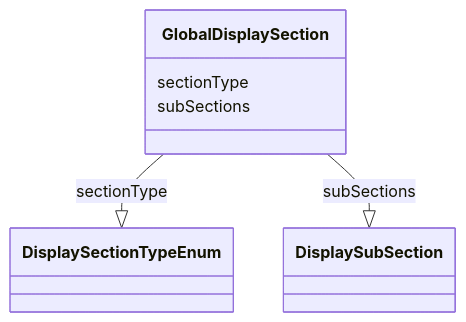
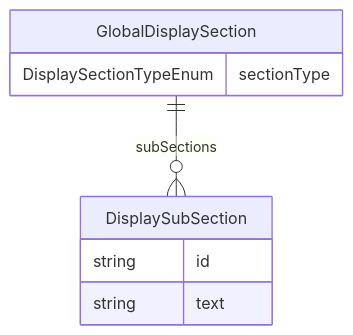
The diagram in project/docs/GlobalDisplaySection.md (cdisc-org/analysis-results-standard), drawn with Mermaid before and after one commit. The commit also changed 131 other files, not shown here.

Commit message:
Add top-level diagram to documentation

````diff
--- a/project/docs/GlobalDisplaySection.md
+++ b/project/docs/GlobalDisplaySection.md
@@ -14,13 +13,13 @@
 ```mermaid
- classDiagram
-    class GlobalDisplaySection
-      GlobalDisplaySection : sectionType
-        
-          GlobalDisplaySection --|> DisplaySectionTypeEnum : sectionType
-        
-      GlobalDisplaySection : subSections
-        
-          GlobalDisplaySection --|> DisplaySubSection : subSections
-        
-      
+erDiagram
+GlobalDisplaySection {
+    DisplaySectionTypeEnum sectionType  
+}
+DisplaySubSection {
+    string id  
+    string text  
+}
+
+GlobalDisplaySection ||--}o DisplaySubSection : "subSections"
+
 ```
````
